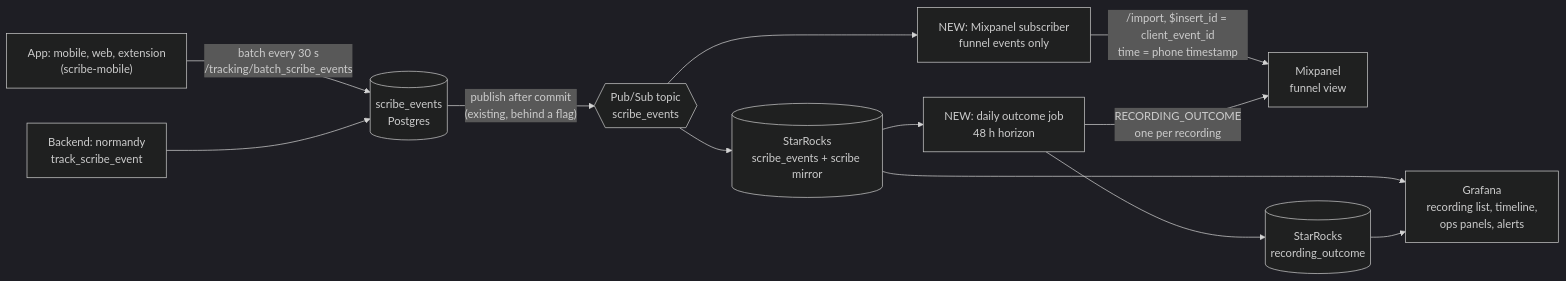
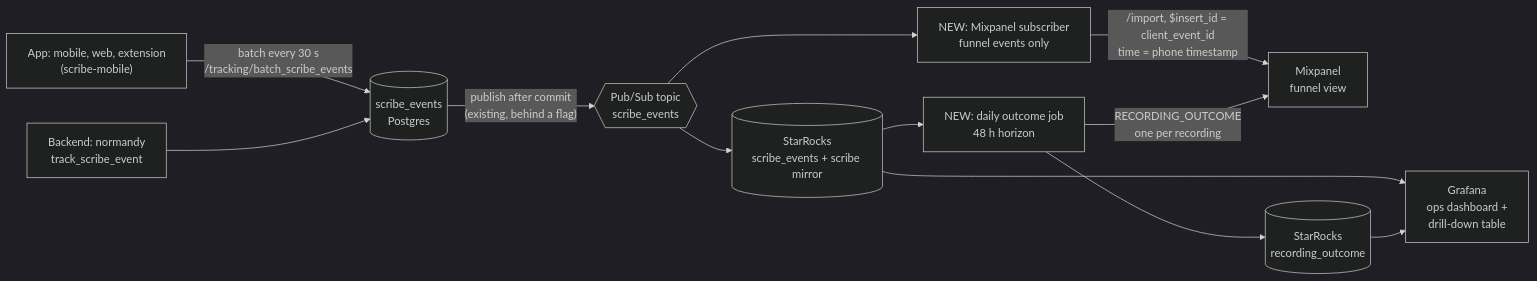
Before and after one commit to arthur-fung/afung-docs: the first of 14 diagrams in 20261105-funnel-logging-design.md, drawn with Mermaid (dark theme). The commit also changed other lines of this file, not shown here.

Commit message:
Funnel logging design: Grafana is one ops dashboard with a drill-down table

````diff
--- a/20261105-funnel-logging-design.md
+++ b/20261105-funnel-logging-design.md
@@ -32,14 +32,14 @@
 ```mermaid
 flowchart LR
   APP["App: mobile, web, extension<br/>(scribe-mobile)"] -->|"batch every 30 s<br/>/tracking/batch_scribe_events"| PG[("scribe_events<br/>Postgres")]
   BE["Backend: normandy<br/>track_scribe_event"] --> PG
   PG -->|"publish after commit<br/>(existing, behind a flag)"| PS{{"Pub/Sub topic<br/>scribe_events"}}
   PS --> SR[("StarRocks<br/>scribe_events + scribe mirror")]
   PS --> SUB["NEW: Mixpanel subscriber<br/>funnel events only"]
   SUB -->|"/import, $insert_id = client_event_id<br/>time = phone timestamp"| MP["Mixpanel<br/>funnel view"]
   SR --> JOB["NEW: daily outcome job<br/>48 h horizon"]
   JOB --> RO[("StarRocks<br/>recording_outcome")]
   JOB -->|"RECORDING_OUTCOME<br/>one per recording"| MP
-  SR --> GF["Grafana<br/>recording list, timeline,<br/>ops panels, alerts"]
+  SR --> GF["Grafana<br/>ops dashboard +<br/>drill-down table"]
   RO --> GF
 ```
````
